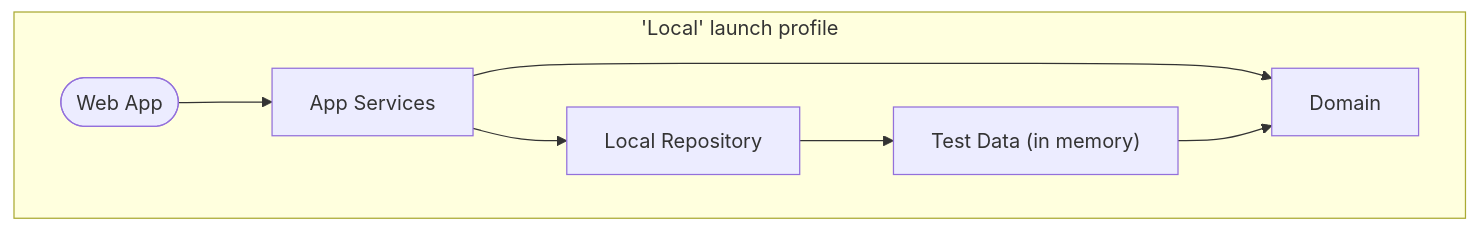
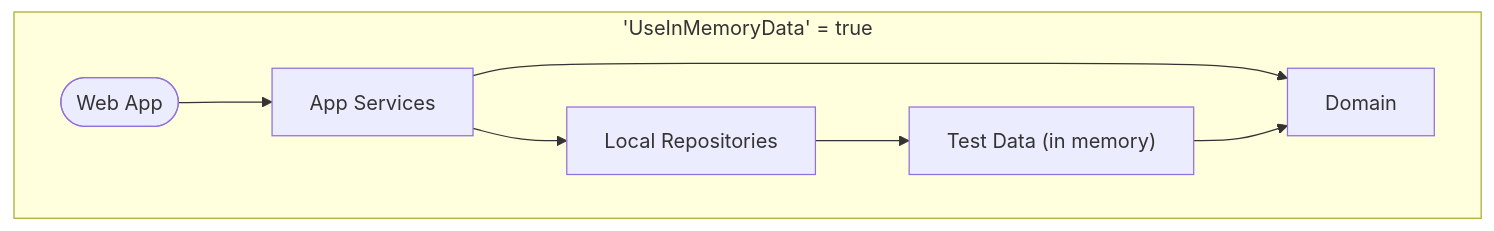
Before and after one commit to gaepdit/sbeap: the first of 3 diagrams in README.md, drawn with Mermaid. The commit also changed other lines of this file and 118 other files, not shown here.

````diff
--- a/README.md
+++ b/README.md
@@ -98,17 +106,17 @@
 ```mermaid
 flowchart LR
-    subgraph SPL["'Local' launch profile"]
+    subgraph SPL["'UseInMemoryData' = true"]
         direction LR
         D[Domain]
         T["Test Data (in memory)"]
-        R[Local Repository]
+        R[Local Repositories]
         A[App Services]
         W([Web App])
 
         W --> A
         A --> D
         A --> R
         R --> T
         T --> D
     end
 ```
````
